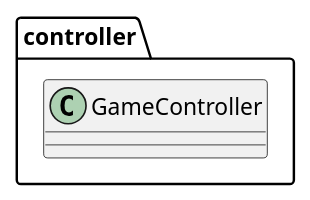
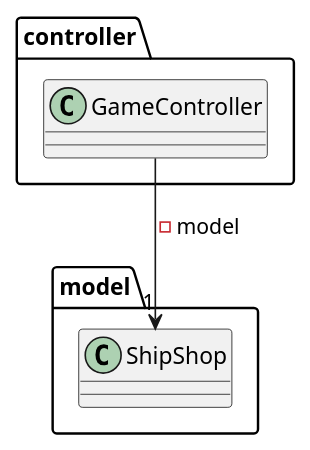
Before and after one commit to Reynault/ShipShop: the diagram in doc/conception/pmul/class/controller.puml, drawn with PlantUML. The commit also changed 6 other files, not shown here.

Commit message:
Modification of class diagrams

```diff
--- a/doc/conception/pmul/class/controller.puml
+++ b/doc/conception/pmul/class/controller.puml
@@ -1,11 +1,18 @@
 @startuml
 
 package controller{
 
     class GameController{
 
     }
 
 }
 
+package model{
+    class ShipShop{
+
+    }
+}
+
+GameController --> "1" ShipShop: - model
 @enduml
```
